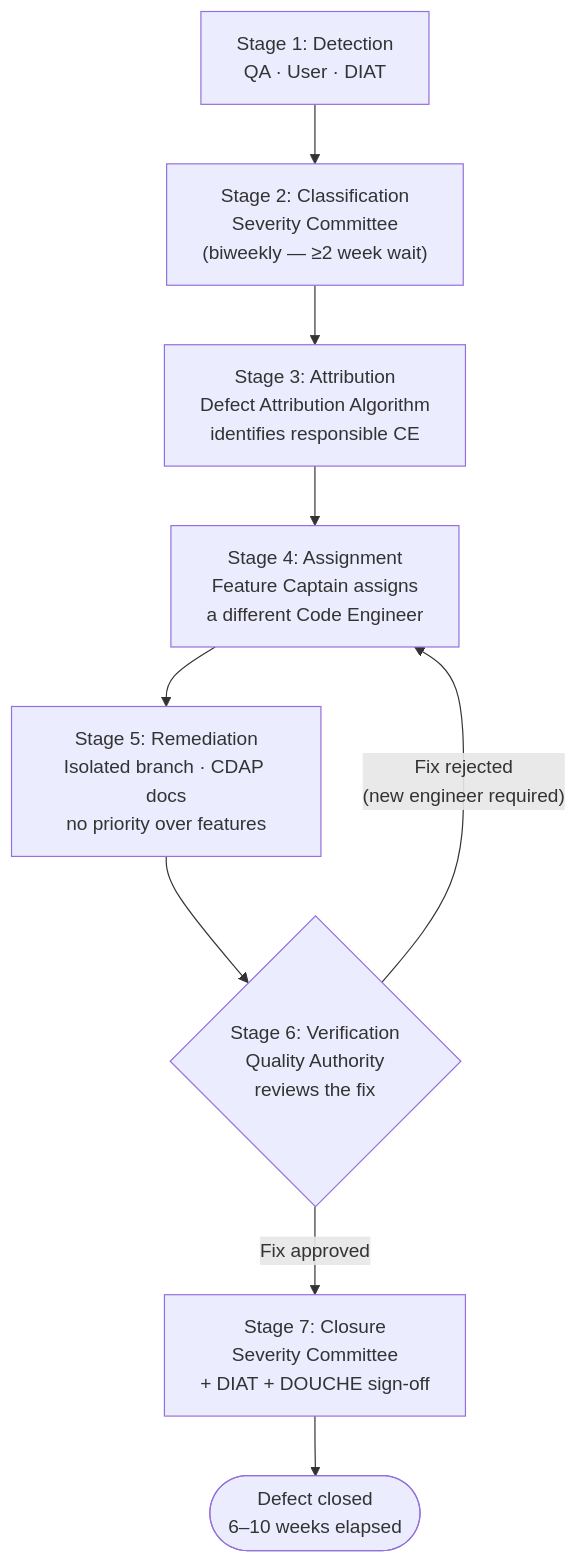
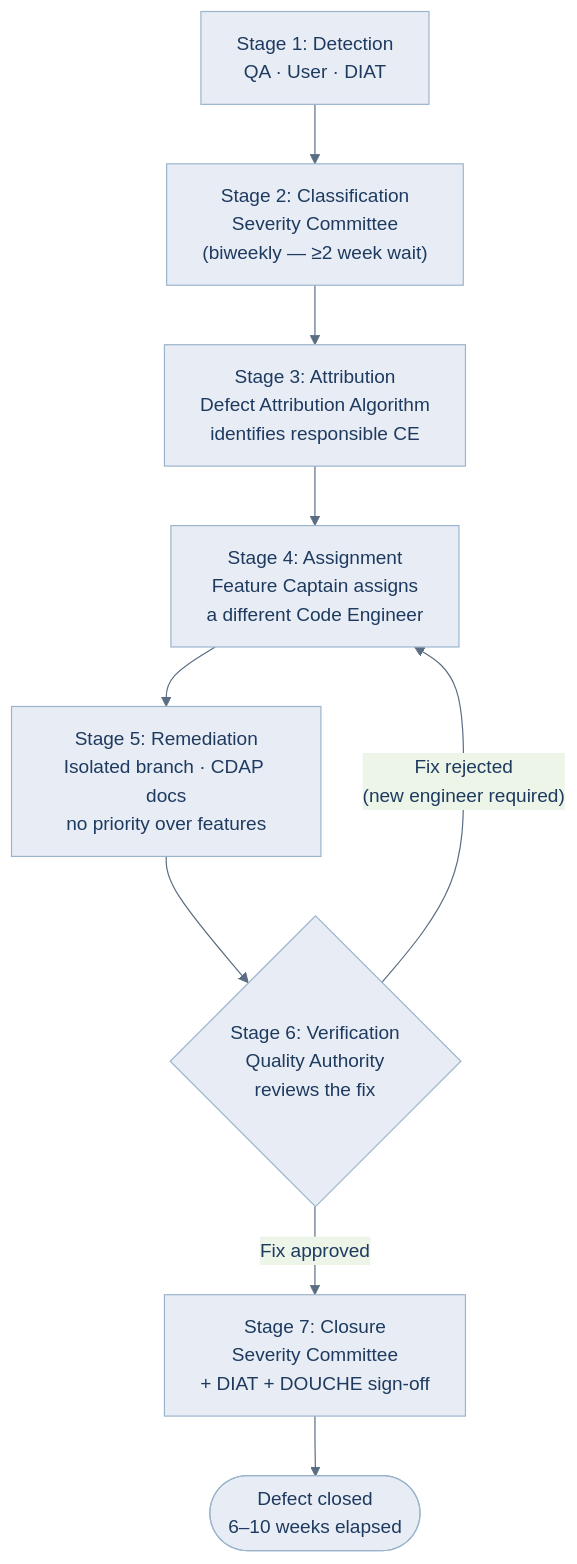
The diagram in content/practices/depressed.md (ScaledAgileDevOps/SADMF), drawn with Mermaid before and after one commit. The commit also changed 6 other files, not shown here.

````diff
--- a/content/practices/depressed.md
+++ b/content/practices/depressed.md
@@ -11,20 +11,21 @@
 ```mermaid
+%%{init: {'theme': 'base', 'themeVariables': {'primaryColor': '#e8edf5', 'primaryTextColor': '#1e3a5f', 'primaryBorderColor': '#9ab4cc', 'lineColor': '#5a6d82', 'background': '#ffffff', 'fontFamily': 'DM Sans, sans-serif'}}}%%
 flowchart TD
-    S1["Stage 1: Detection\nQA · User · DIAT"]
-    S2["Stage 2: Classification\nSeverity Committee\n(biweekly — ≥2 week wait)"]
-    S3["Stage 3: Attribution\nDefect Attribution Algorithm\nidentifies responsible CE"]
-    S4["Stage 4: Assignment\nFeature Captain assigns\na different Code Engineer"]
-    S5["Stage 5: Remediation\nIsolated branch · CDAP docs\nno priority over features"]
-    S6{"Stage 6: Verification\nQuality Authority\nreviews the fix"}
-    S7["Stage 7: Closure\nSeverity Committee\n+ DIAT + DOUCHE sign-off"]
-    DONE(["Defect closed\n6–10 weeks elapsed"])
+    S1["Stage 1: Detection<br/>QA · User · DIAT"]
+    S2["Stage 2: Classification<br/>Severity Committee<br/>(biweekly — ≥2 week wait)"]
+    S3["Stage 3: Attribution<br/>Defect Attribution Algorithm<br/>identifies responsible CE"]
+    S4["Stage 4: Assignment<br/>Feature Captain assigns<br/>a different Code Engineer"]
+    S5["Stage 5: Remediation<br/>Isolated branch · CDAP docs<br/>no priority over features"]
+    S6{"Stage 6: Verification<br/>Quality Authority<br/>reviews the fix"}
+    S7["Stage 7: Closure<br/>Severity Committee<br/>+ DIAT + DOUCHE sign-off"]
+    DONE(["Defect closed<br/>6–10 weeks elapsed"])
 
     S1 --> S2
     S2 --> S3
     S3 --> S4
     S4 --> S5
     S5 --> S6
-    S6 -->|"Fix rejected\n(new engineer required)"| S4
+    S6 -->|"Fix rejected<br/>(new engineer required)"| S4
     S6 -->|"Fix approved"| S7
     S7 --> DONE
 ```
````
